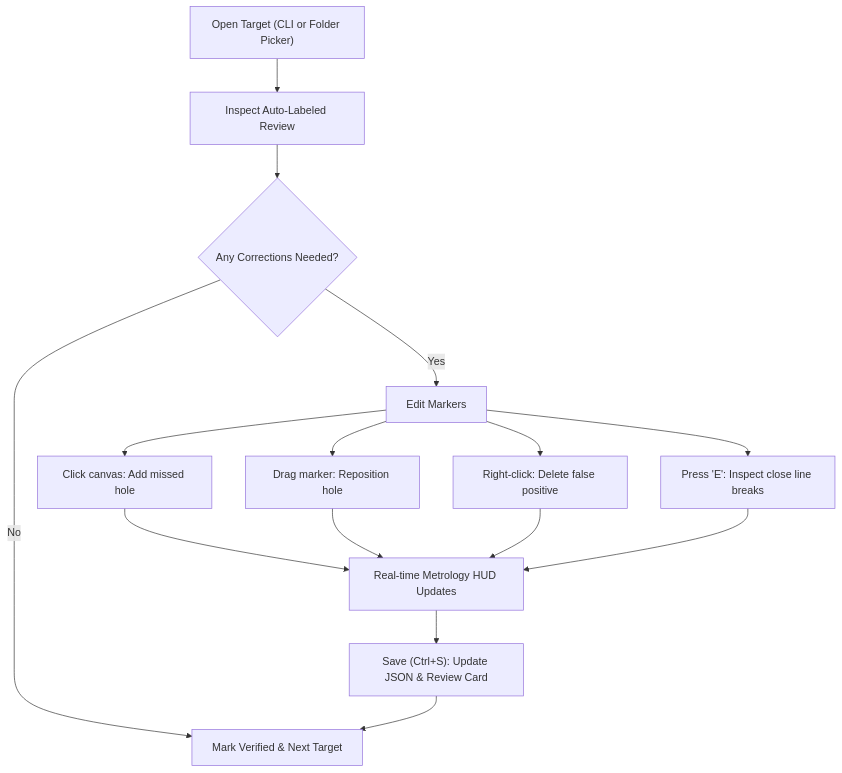
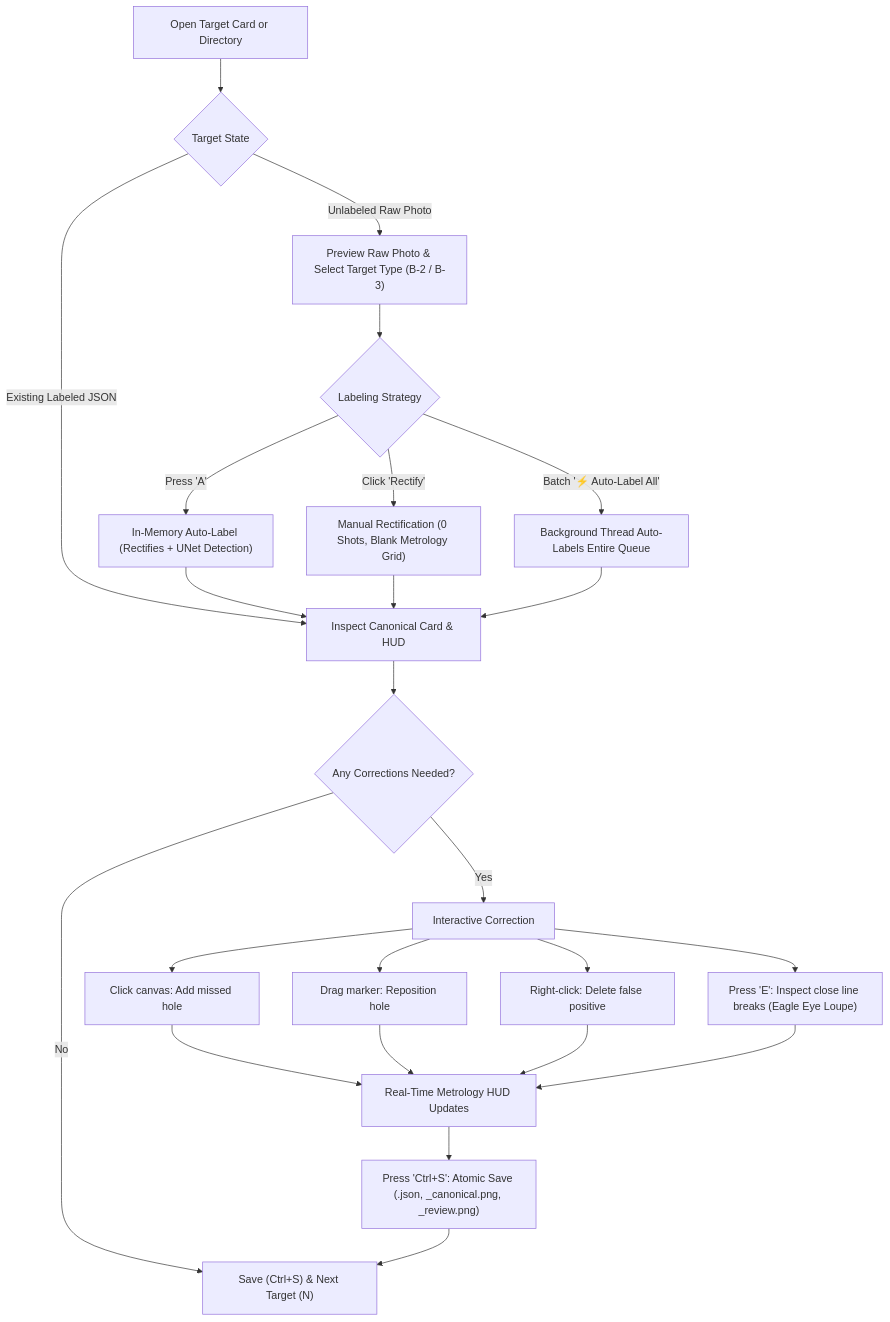
The diagram in docs/interactive_annotation_editor_guide.md (aiannetti/ACI-Target-Scorer), drawn with Mermaid before and after one commit. The commit also changed other lines of this file and 9 other files, not shown here.

Commit message:
feat(gui): integrate model-assisted auto-labeling into Interactive Annotation Editor

````diff
--- a/docs/interactive_annotation_editor_guide.md
+++ b/docs/interactive_annotation_editor_guide.md
@@ -199,14 +260,21 @@
 ```mermaid
 flowchart TD
-    A["Open Target (CLI or Folder Picker)"] --> B["Inspect Auto-Labeled Review"]
-    B --> C{"Any Corrections Needed?"}
-    C -- "No" --> G["Mark Verified & Next Target"]
-    C -- "Yes" --> D["Edit Markers"]
-    D --> D1["Click canvas: Add missed hole"]
-    D --> D2["Drag marker: Reposition hole"]
-    D --> D3["Right-click: Delete false positive"]
-    D --> D4["Press 'E': Inspect close line breaks"]
-    D1 & D2 & D3 & D4 --> E["Real-time Metrology HUD Updates"]
-    E --> F["Save (Ctrl+S): Update JSON & Review Card"]
-    F --> G
+    A["Open Target Card or Directory"] --> B{"Target State"}
+    B -- "Unlabeled Raw Photo" --> C["Preview Raw Photo & Select Target Type (B-2 / B-3)"]
+    C --> D{"Labeling Strategy"}
+    D -- "Press 'A'" --> E["In-Memory Auto-Label (Rectifies + UNet Detection)"]
+    D -- "Click 'Rectify'" --> F["Manual Rectification (0 Shots, Blank Metrology Grid)"]
+    D -- "Batch '⚡ Auto-Label All'" --> G["Background Thread Auto-Labels Entire Queue"]
+    B -- "Existing Labeled JSON" --> H["Inspect Canonical Card & HUD"]
+    E & F & G --> H
+    H --> I{"Any Corrections Needed?"}
+    I -- "No" --> M["Save (Ctrl+S) & Next Target (N)"]
+    I -- "Yes" --> J["Interactive Correction"]
+    J --> J1["Click canvas: Add missed hole"]
+    J --> J2["Drag marker: Reposition hole"]
+    J --> J3["Right-click: Delete false positive"]
+    J --> J4["Press 'E': Inspect close line breaks (Eagle Eye Loupe)"]
+    J1 & J2 & J3 & J4 --> K["Real-Time Metrology HUD Updates"]
+    K --> L["Press 'Ctrl+S': Atomic Save (.json, _canonical.png, _review.png)"]
+    L --> M
 ```
````
